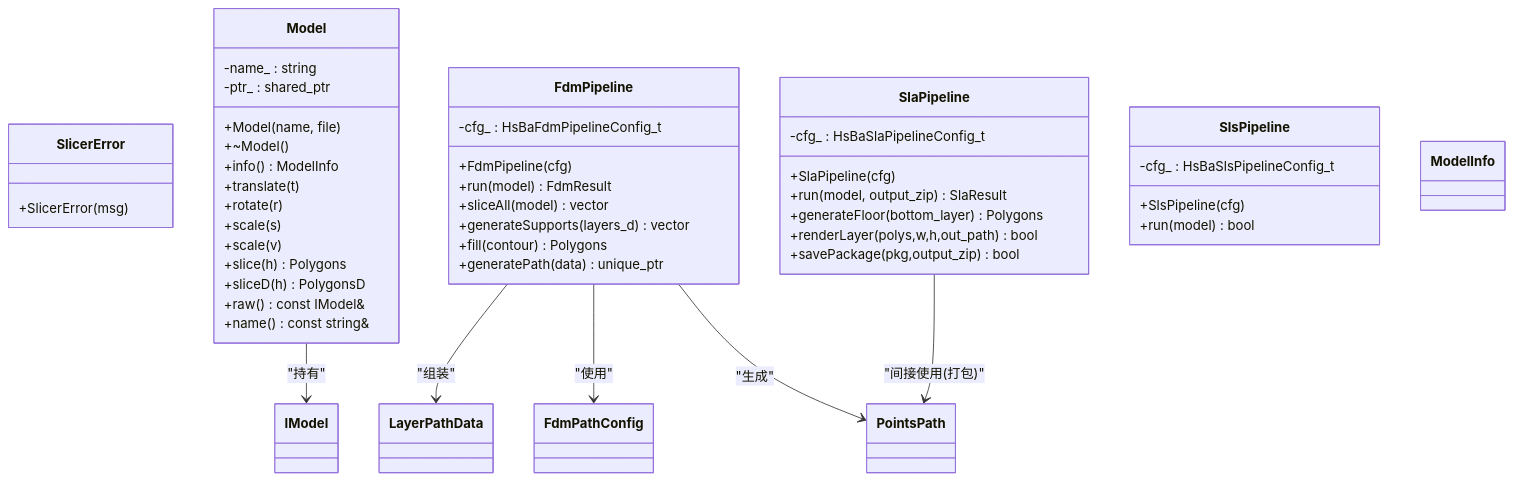
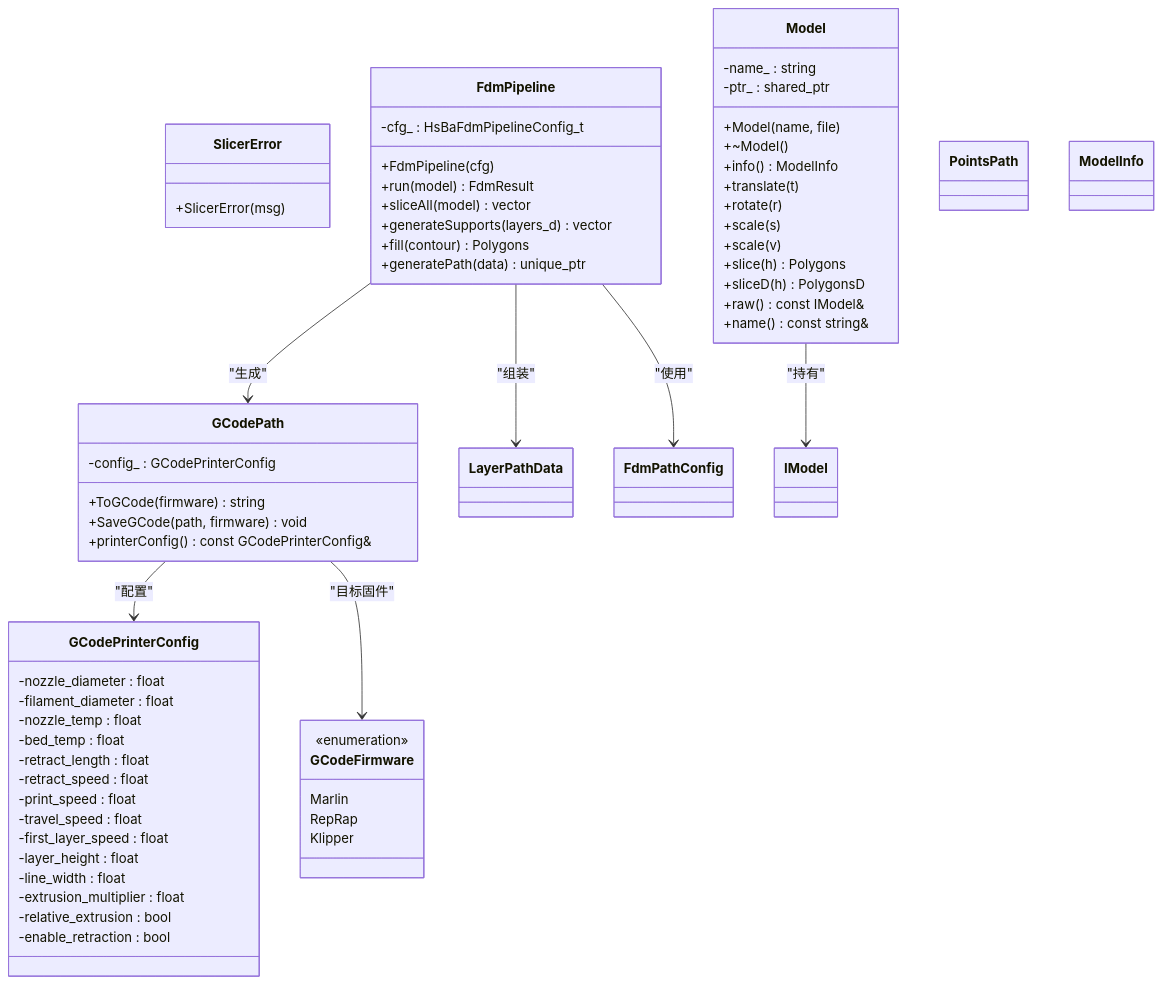
The third of 8 diagrams in .qoder/repowiki/zh/content/扩展与集成/C++20模块包装层 (ModuleHsBaSlicer).md (hsmbanlance/HsBaSlicer), drawn with Mermaid before and after one commit. The commit also changed other lines of this file and 9 other files, not shown here.

````diff
--- a/.qoder/repowiki/zh/content/扩展与集成/C++20模块包装层 (ModuleHsBaSlicer).md
+++ b/.qoder/repowiki/zh/content/扩展与集成/C++20模块包装层 (ModuleHsBaSlicer).md
@@ -154,53 +168,69 @@
 ```mermaid
 classDiagram
 class SlicerError {
 +SlicerError(msg)
 }
 class Model {
 -name_ : string
 -ptr_ : shared_ptr<IModel>
 +Model(name, file)
 +~Model()
 +info() ModelInfo
 +translate(t)
 +rotate(r)
 +scale(s)
 +scale(v)
 +slice(h) Polygons
 +sliceD(h) PolygonsD
 +raw() const IModel&
 +name() const string&
 }
 class FdmPipeline {
 -cfg_ : HsBaFdmPipelineConfig_t
 +FdmPipeline(cfg)
 +run(model) FdmResult
 +sliceAll(model) vector<Polygons>
 +generateSupports(layers_d) vector<PolygonsD>
 +fill(contour) Polygons
-+generatePath(data) unique_ptr<PointsPath>
++generatePath(data) unique_ptr<GCodePath>
 }
-class SlaPipeline {
--cfg_ : HsBaSlaPipelineConfig_t
-+SlaPipeline(cfg)
-+run(model, output_zip) SlaResult
-+generateFloor(bottom_layer) Polygons
-+renderLayer(polys,w,h,out_path) bool
-+savePackage(pkg,output_zip) bool
-}
-class SlsPipeline {
--cfg_ : HsBaSlsPipelineConfig_t
-+SlsPipeline(cfg)
-+run(model) bool
+class GCodePath {
+-config_ : GCodePrinterConfig
++ToGCode(firmware) string
++SaveGCode(path, firmware) void
++printerConfig() const GCodePrinterConfig&
 }
 class PointsPath
 class LayerPathData
 class FdmPathConfig
+class GCodePrinterConfig {
+-nozzle_diameter : float
+-filament_diameter : float
+-nozzle_temp : float
+-bed_temp : float
+-retract_length : float
+-retract_speed : float
+-print_speed : float
+-travel_speed : float
+-first_layer_speed : float
+-layer_height : float
+-line_width : float
+-extrusion_multiplier : float
+-relative_extrusion : bool
+-enable_retraction : bool
+}
+class GCodeFirmware {
+<<enumeration>>
+Marlin
+RepRap
+Klipper
+}
 class ModelInfo
 class IModel
 Model --> IModel : "持有"
 FdmPipeline --> LayerPathData : "组装"
 FdmPipeline --> FdmPathConfig : "使用"
-FdmPipeline --> PointsPath : "生成"
-SlaPipeline --> PointsPath : "间接使用(打包)"
+FdmPipeline --> GCodePath : "生成"
+GCodePath --> GCodePrinterConfig : "配置"
+GCodePath --> GCodeFirmware : "目标固件"
 ```
````
